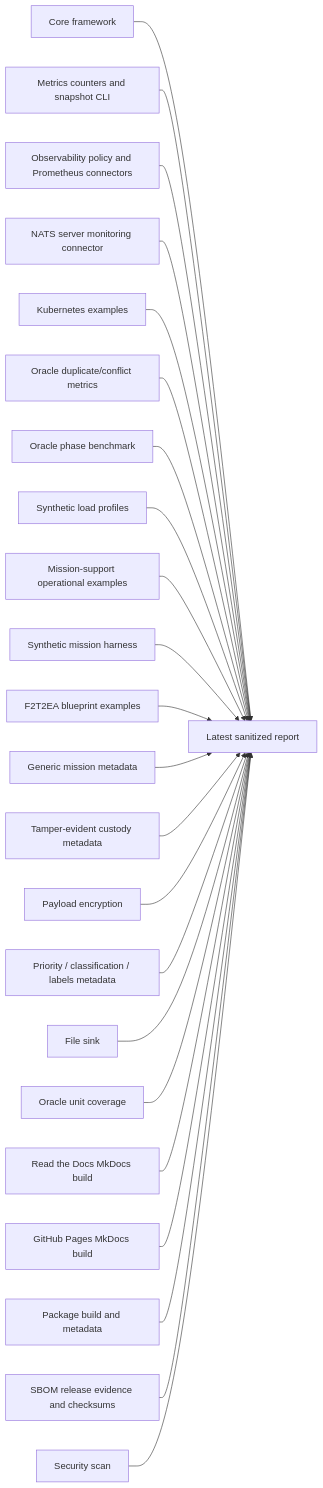
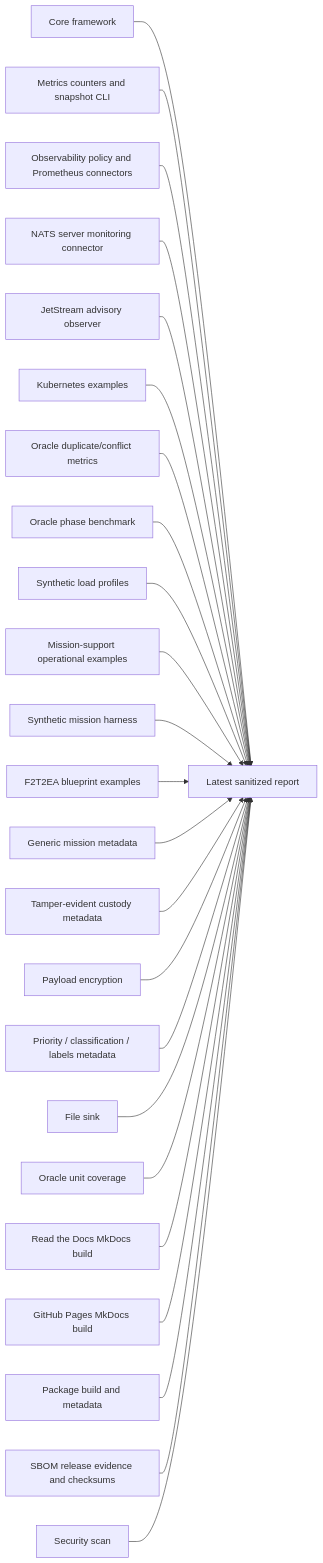
One commit to ProjectCuillin/nats-sinks changed the first of 5 diagrams in docs/test-report.md. Above: the diagram before and after it, drawn with Mermaid. The commit also changed other lines of this file and 27 other files, not shown here.

Commit message:
Add JetStream advisory observation

````diff
--- a/docs/test-report.md
+++ b/docs/test-report.md
@@ -83,25 +85,26 @@
 ```mermaid
 flowchart LR
     Core[Core framework] --> Report[Latest sanitized report]
     Metrics[Metrics counters and snapshot CLI] --> Report
     Observe[Observability policy and Prometheus connectors] --> Report
     NATSMon[NATS server monitoring connector] --> Report
+    Advisories[JetStream advisory observer] --> Report
     K8s[Kubernetes examples] --> Report
     OracleMetrics[Oracle duplicate/conflict metrics] --> Report
     OracleBenchmark[Oracle phase benchmark] --> Report
     LoadProfiles[Synthetic load profiles] --> Report
     MissionOps[Mission-support operational examples] --> Report
     Synthetic[Synthetic mission harness] --> Report
     F2T2EA[F2T2EA blueprint examples] --> Report
     MissionMeta[Generic mission metadata] --> Report
     Custody[Tamper-evident custody metadata] --> Report
     Crypto[Payload encryption] --> Report
     MessageMeta[Priority / classification / labels metadata] --> Report
     File[File sink] --> Report
     OracleUnit[Oracle unit coverage] --> Report
     DocsRTD[Read the Docs MkDocs build] --> Report
     DocsPages[GitHub Pages MkDocs build] --> Report
     Package[Package build and metadata] --> Report
     SBOM[SBOM release evidence and checksums] --> Report
     Security[Security scan] --> Report
 ```
````
